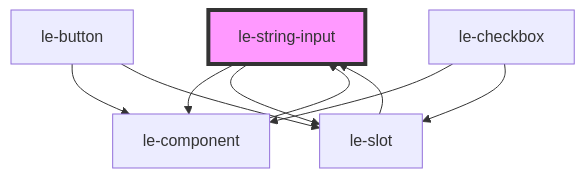
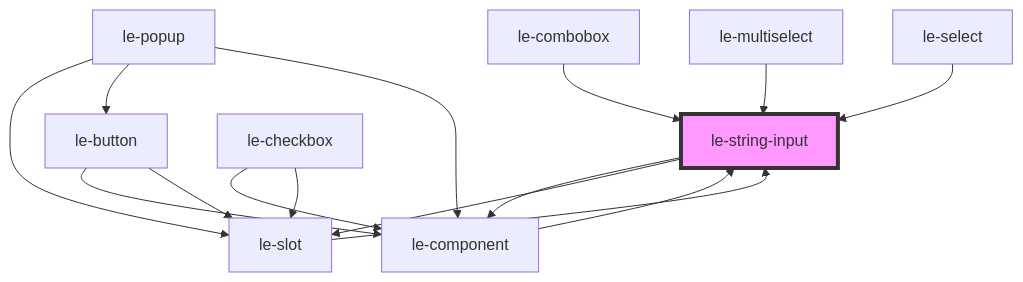
One commit to leechy/le-kit changed the diagram in src/components/le-string-input/readme.md. Above: the diagram before and after it, drawn with Mermaid. The commit also changed other lines of this file and 29 other files, not shown here.

````diff
--- a/src/components/le-string-input/readme.md
+++ b/src/components/le-string-input/readme.md
@@ -60,12 +72,18 @@
 ```mermaid
 graph TD;
   le-string-input --> le-component
   le-string-input --> le-slot
   le-component --> le-string-input
   le-button --> le-component
   le-button --> le-slot
   le-slot --> le-string-input
   le-checkbox --> le-component
   le-checkbox --> le-slot
+  le-popup --> le-slot
+  le-popup --> le-button
+  le-popup --> le-component
+  le-combobox --> le-string-input
+  le-multiselect --> le-string-input
+  le-select --> le-string-input
   style le-string-input fill:#f9f,stroke:#333,stroke-width:4px
 ```
````
